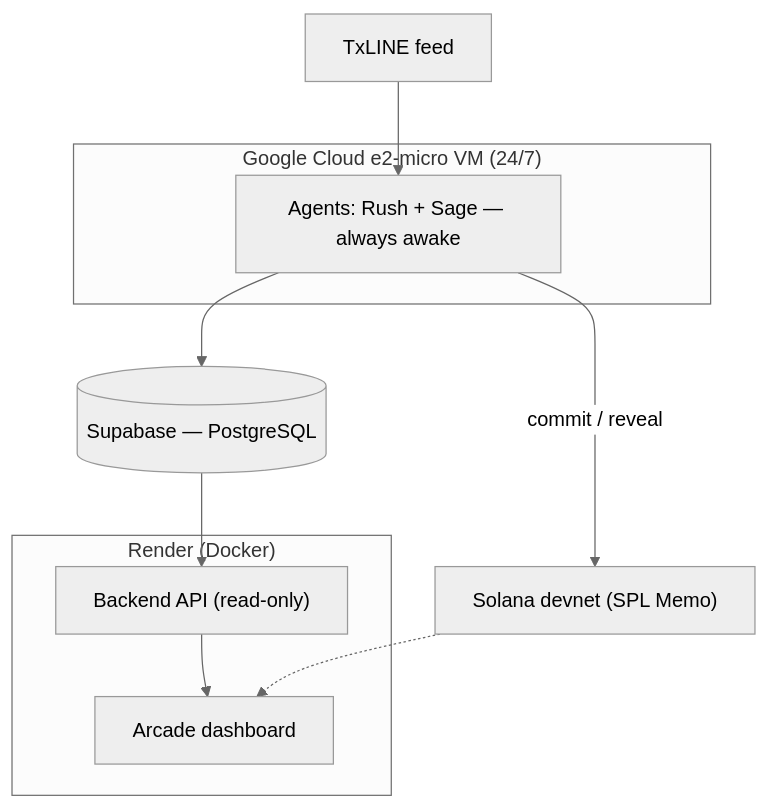
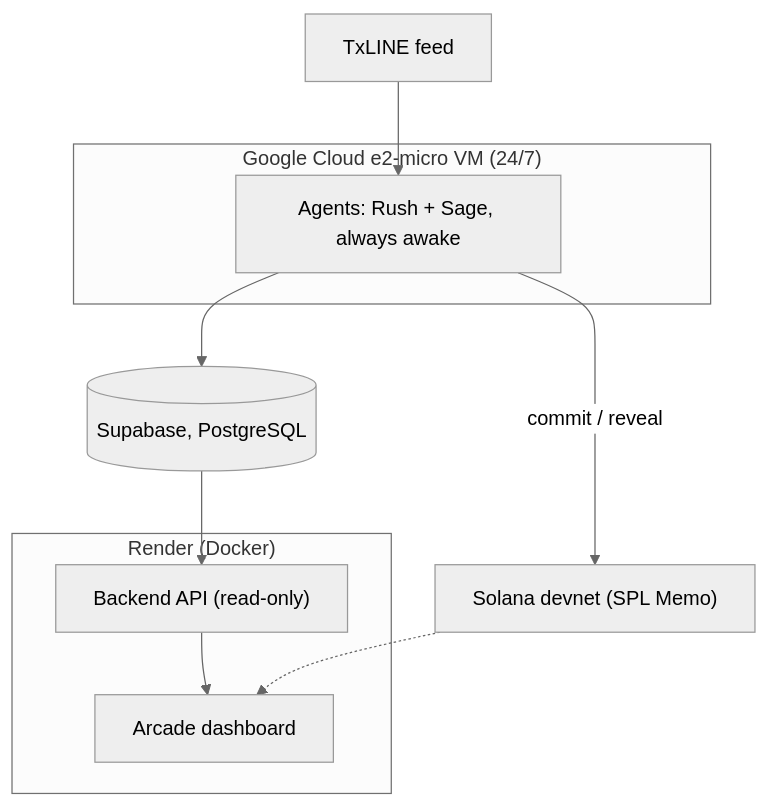
Before and after one commit to ceciliagalvaoo/sentinel-arena: the diagram in docs-site/docs/deployment.md, drawn with Mermaid (neutral theme). The commit also changed other lines of this file and 13 other files, not shown here.

````diff
--- a/docs-site/docs/deployment.md
+++ b/docs-site/docs/deployment.md
@@ -11,16 +11,16 @@
 ```mermaid
 flowchart TB
     TX["TxLINE feed"] --> AG
     subgraph GCP["Google Cloud e2-micro VM (24/7)"]
-      AG["Agents: Rush + Sage — always awake"]
+      AG["Agents: Rush + Sage, always awake"]
     end
     AG -->|commit / reveal| SOL["Solana devnet (SPL Memo)"]
-    AG --> DB[("Supabase — PostgreSQL")]
+    AG --> DB[("Supabase, PostgreSQL")]
     subgraph RENDER["Render (Docker)"]
       API["Backend API (read-only)"]
       UI["Arcade dashboard"]
     end
     DB --> API
     API --> UI
     SOL -.-> UI
 ```
````
